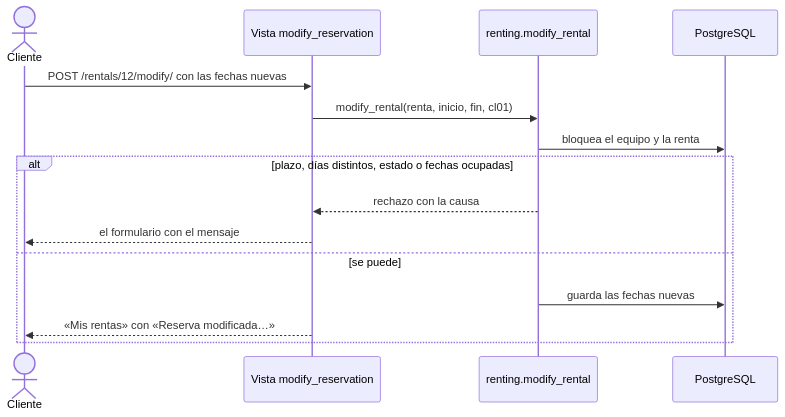
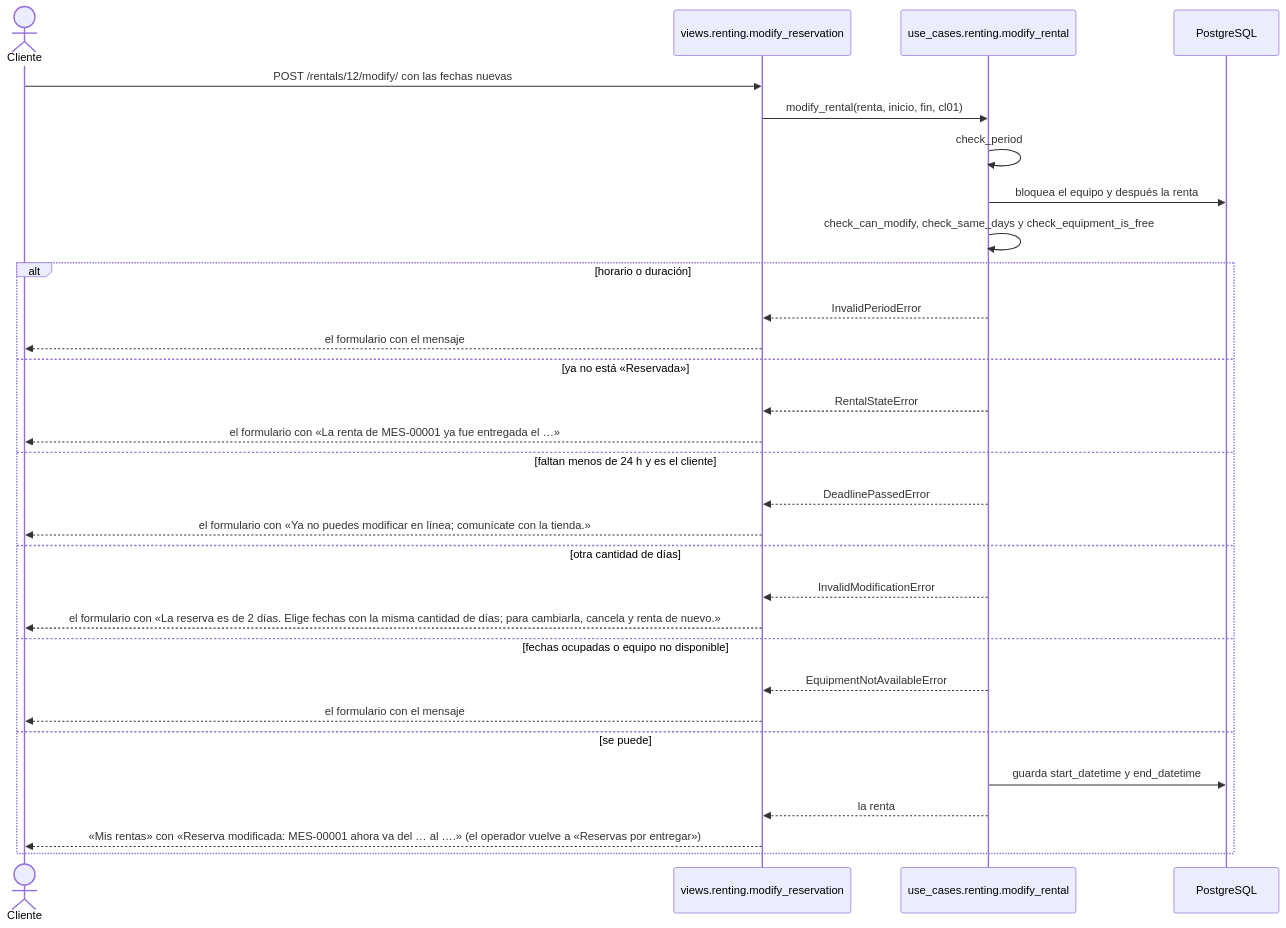
The seventh of 17 diagrams in docs/casos-de-uso.md (peterteranb/astra-rent-system), drawn with Mermaid before and after one commit. The commit also changed other lines of this file and 12 other files, not shown here.

Commit message:
docs: final docs index, decisions and checked sequence diagrams

````diff
--- a/docs/casos-de-uso.md
+++ b/docs/casos-de-uso.md
@@ -312,17 +371,32 @@
 ```mermaid
 sequenceDiagram
     actor C as Cliente
-    participant V as Vista modify_reservation
-    participant U as renting.modify_rental
+    participant V as views.renting.modify_reservation
+    participant U as use_cases.renting.modify_rental
     participant BD as PostgreSQL
     C->>V: POST /rentals/12/modify/ con las fechas nuevas
     V->>U: modify_rental(renta, inicio, fin, cl01)
-    U->>BD: bloquea el equipo y la renta
-    alt plazo, días distintos, estado o fechas ocupadas
-        U-->>V: rechazo con la causa
+    U->>U: check_period
+    U->>BD: bloquea el equipo y después la renta
+    U->>U: check_can_modify, check_same_days y check_equipment_is_free
+    alt horario o duración
+        U-->>V: InvalidPeriodError
+        V-->>C: el formulario con el mensaje
+    else ya no está «Reservada»
+        U-->>V: RentalStateError
+        V-->>C: el formulario con «La renta de MES-00001 ya fue entregada el …»
+    else faltan menos de 24 h y es el cliente
+        U-->>V: DeadlinePassedError
+        V-->>C: el formulario con «Ya no puedes modificar en línea#59; comunícate con la tienda.»
+    else otra cantidad de días
+        U-->>V: InvalidModificationError
+        V-->>C: el formulario con «La reserva es de 2 días. Elige fechas con la misma cantidad de días#59; para cambiarla, cancela y renta de nuevo.»
+    else fechas ocupadas o equipo no disponible
+        U-->>V: EquipmentNotAvailableError
         V-->>C: el formulario con el mensaje
     else se puede
-        U->>BD: guarda las fechas nuevas
-        V-->>C: «Mis rentas» con «Reserva modificada…»
+        U->>BD: guarda start_datetime y end_datetime
+        U-->>V: la renta
+        V-->>C: «Mis rentas» con «Reserva modificada: MES-00001 ahora va del … al ….» (el operador vuelve a «Reservas por entregar»)
     end
 ```
````
